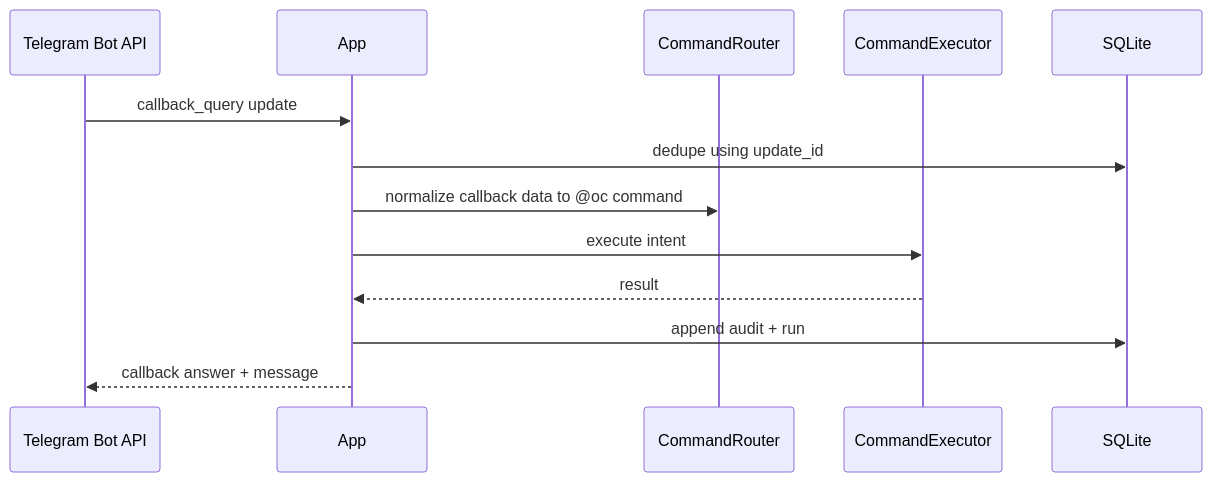
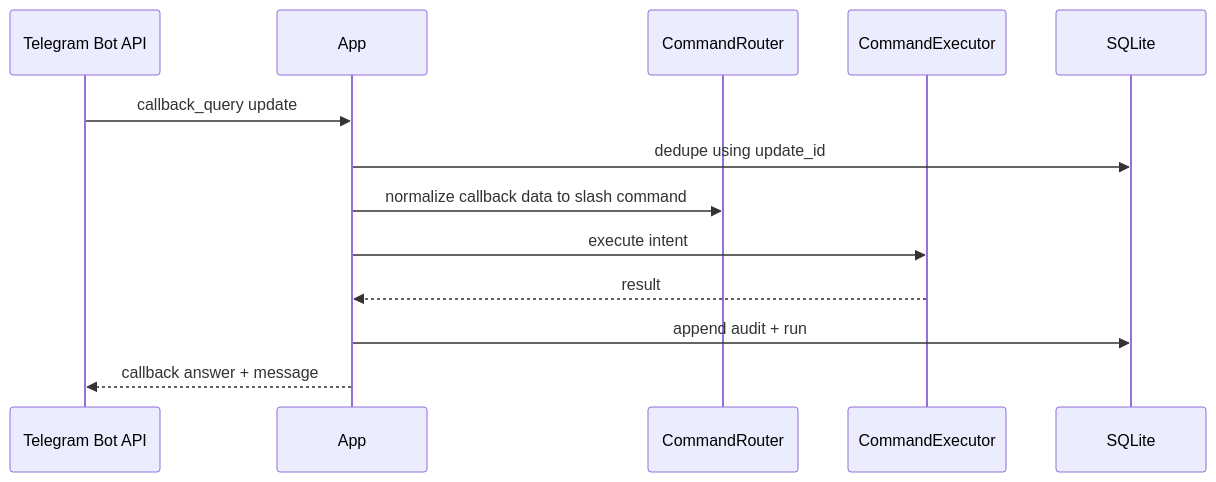
One commit to Traves-Theberge/opencode-remote changed the diagram in docs/architecture/05-sequence-telegram-callback.md. Above: the diagram before and after it, drawn with Mermaid. The commit also changed other lines of this file and 51 other files, not shown here.

````diff
--- a/docs/architecture/05-sequence-telegram-callback.md
+++ b/docs/architecture/05-sequence-telegram-callback.md
@@ -15,16 +15,16 @@
 ```mermaid
 sequenceDiagram
   participant TG as Telegram Bot API
   participant APP as App
   participant ROUTER as CommandRouter
   participant EXEC as CommandExecutor
   participant DB as SQLite
 
   TG->>APP: callback_query update
   APP->>DB: dedupe using update_id
-  APP->>ROUTER: normalize callback data to @oc command
+  APP->>ROUTER: normalize callback data to slash command
   APP->>EXEC: execute intent
   EXEC-->>APP: result
   APP->>DB: append audit + run
   APP-->>TG: callback answer + message
 ```
````
